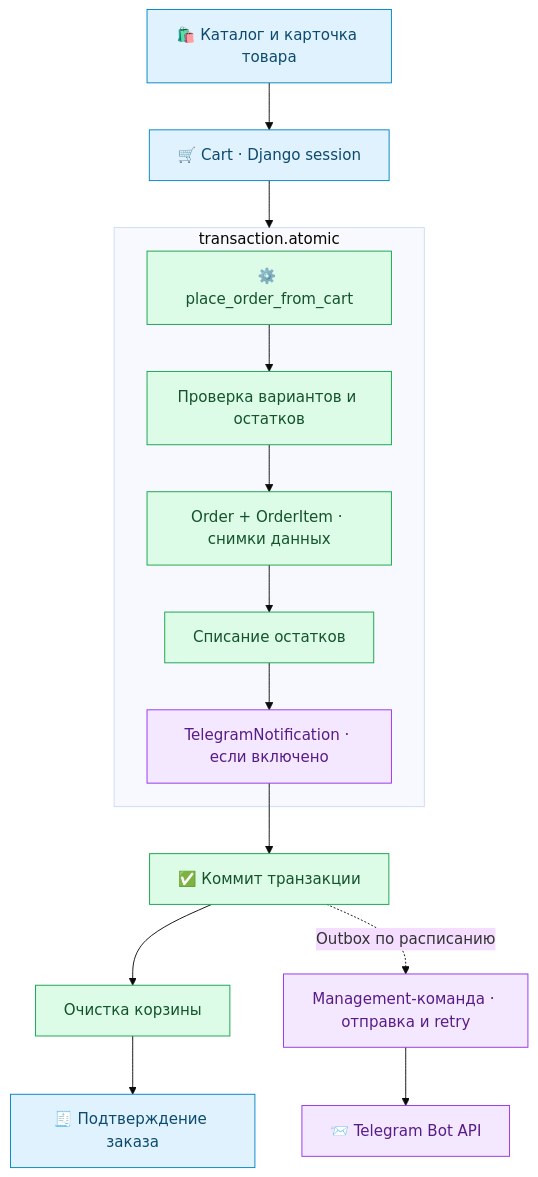
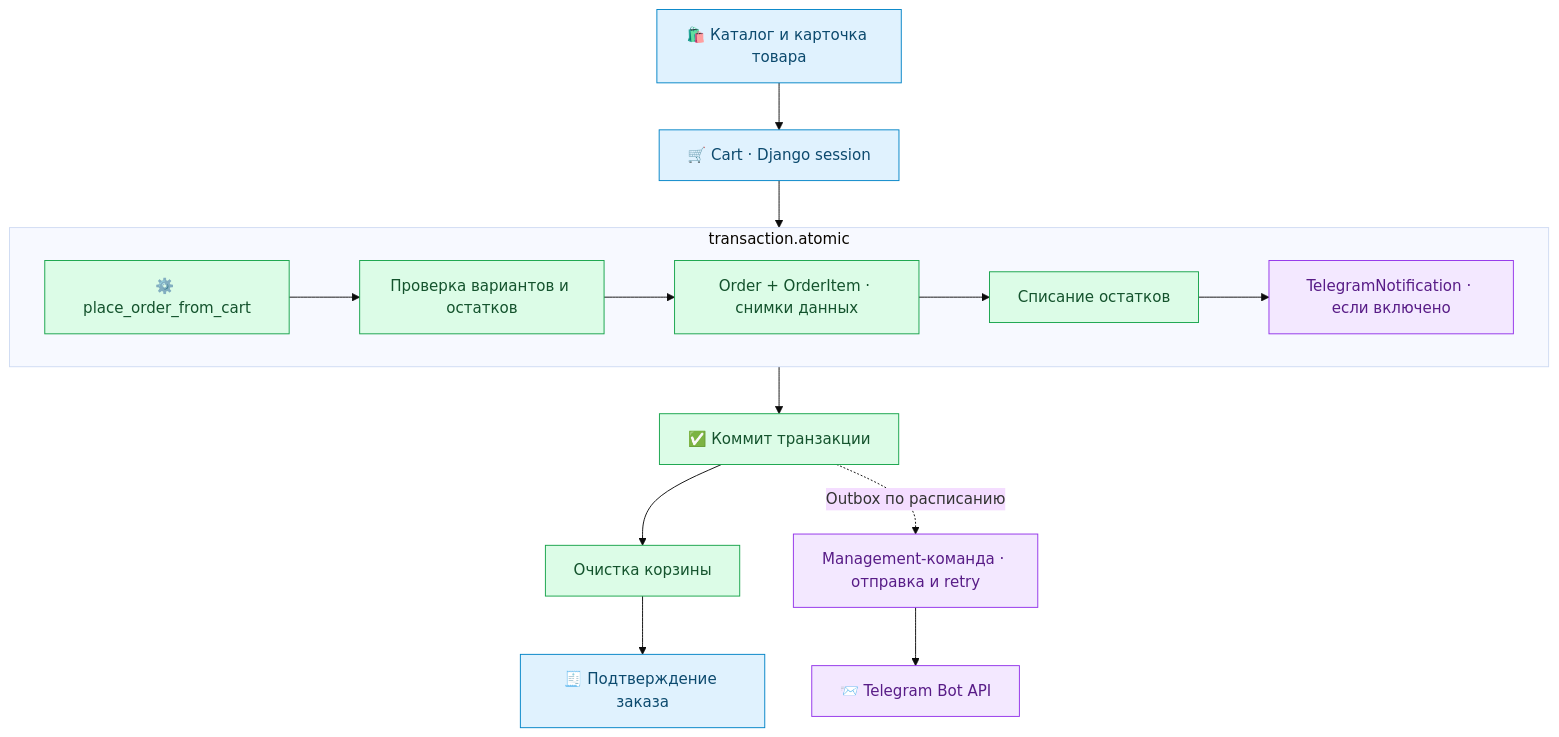
The diagram in README.md (FrankHeels/carter), drawn with Mermaid (base theme) before and after one commit.

Commit message:
docs: center arrows on transaction subgraph

````diff
--- a/README.md
+++ b/README.md
@@ -113,25 +113,25 @@
 ```mermaid
 flowchart TD
     UI["🛍️ Каталог и карточка товара"] --> Cart["🛒 Cart · Django session"]
     Cart --> TX
 
     subgraph TX["transaction.atomic"]
         Checkout["⚙️ place_order_from_cart"] --> Stock["Проверка вариантов и остатков"]
         Stock --> Order["Order + OrderItem · снимки данных"]
         Order --> Update["Списание остатков"]
         Update --> Outbox["TelegramNotification · если включено"]
     end
 
-    Outbox --> Commit["✅ Коммит транзакции"]
+    TX --> Commit["✅ Коммит транзакции"]
     Commit --> Clear["Очистка корзины"]
     Clear --> Receipt["🧾 Подтверждение заказа"]
     Commit -. "Outbox по расписанию" .-> Worker["Management-команда · отправка и retry"]
     Worker --> Telegram["📨 Telegram Bot API"]
 
     classDef storefront fill:#e0f2fe,stroke:#0284c7,color:#0c4a6e
     classDef domain fill:#dcfce7,stroke:#16a34a,color:#14532d
     classDef messaging fill:#f3e8ff,stroke:#9333ea,color:#581c87
     class UI,Cart,Receipt storefront
     class Checkout,Stock,Order,Update,Commit,Clear domain
     class Outbox,Worker,Telegram messaging
 ```
````
